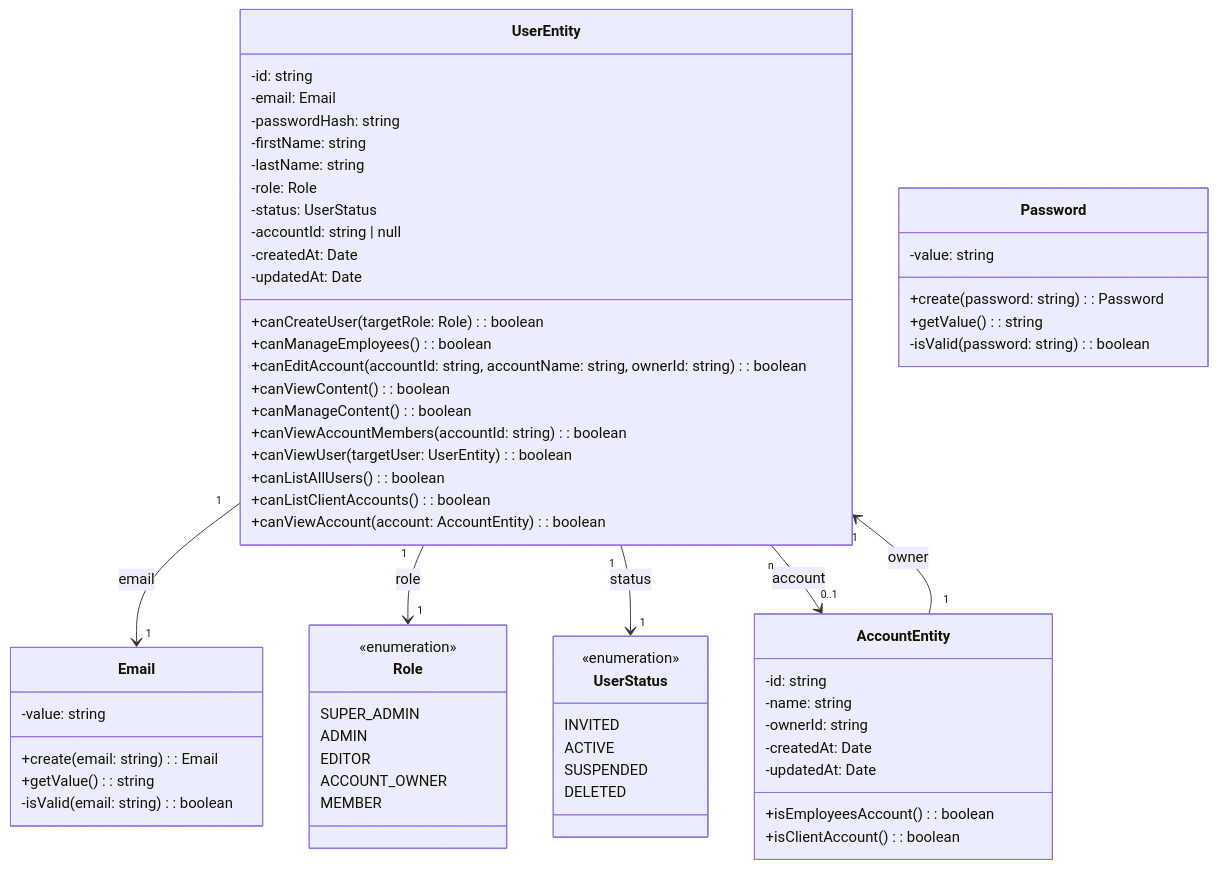
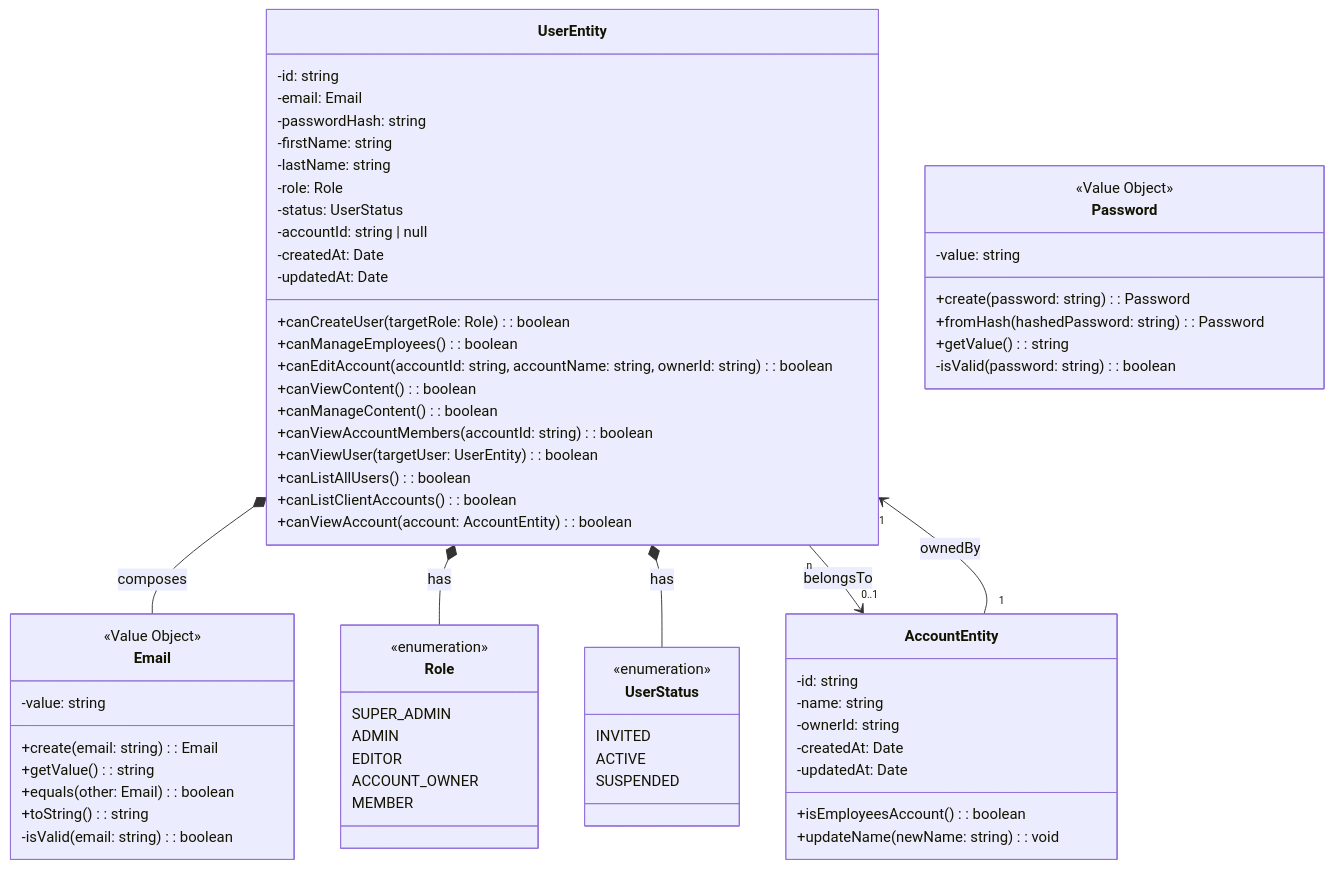
One commit to uancamilo/asistentelegal changed the first of 4 diagrams in README.md. Above: the diagram before and after it, drawn with Mermaid. The commit also changed other lines of this file, not shown here.

````diff
--- a/README.md
+++ b/README.md
@@ -132,76 +130,80 @@
 ```mermaid
 classDiagram
     class UserEntity {
         -id: string
         -email: Email
         -passwordHash: string
         -firstName: string
         -lastName: string
         -role: Role
         -status: UserStatus
         -accountId: string | null
         -createdAt: Date
         -updatedAt: Date
 
         +canCreateUser(targetRole: Role): boolean
         +canManageEmployees(): boolean
         +canEditAccount(accountId: string, accountName: string, ownerId: string): boolean
         +canViewContent(): boolean
         +canManageContent(): boolean
         +canViewAccountMembers(accountId: string): boolean
         +canViewUser(targetUser: UserEntity): boolean
         +canListAllUsers(): boolean
         +canListClientAccounts(): boolean
         +canViewAccount(account: AccountEntity): boolean
     }
 
     class AccountEntity {
         -id: string
         -name: string
         -ownerId: string
         -createdAt: Date
         -updatedAt: Date
 
         +isEmployeesAccount(): boolean
-        +isClientAccount(): boolean
+        +updateName(newName: string): void
     }
 
     class Email {
+        <<Value Object>>
         -value: string
 
         +create(email: string): Email
         +getValue(): string
+        +equals(other: Email): boolean
+        +toString(): string
         -isValid(email: string): boolean
     }
 
     class Password {
+        <<Value Object>>
         -value: string
 
         +create(password: string): Password
+        +fromHash(hashedPassword: string): Password
         +getValue(): string
         -isValid(password: string): boolean
     }
 
     class Role {
         <<enumeration>>
         SUPER_ADMIN
         ADMIN
         EDITOR
         ACCOUNT_OWNER
         MEMBER
     }
 
     class UserStatus {
         <<enumeration>>
         INVITED
         ACTIVE
         SUSPENDED
-        DELETED
     }
 
-    UserEntity "1" --> "1" Email : email
-    UserEntity "1" --> "1" Role : role
-    UserEntity "1" --> "1" UserStatus : status
-    UserEntity "n" --> "0..1" AccountEntity : account
-    AccountEntity "1" --> "1" UserEntity : owner
+    UserEntity *-- Email : composes
+    UserEntity *-- Role : has
+    UserEntity *-- UserStatus : has
+    UserEntity "n" --> "0..1" AccountEntity : belongsTo
+    AccountEntity "1" --> "1" UserEntity : ownedBy
 ```
````
